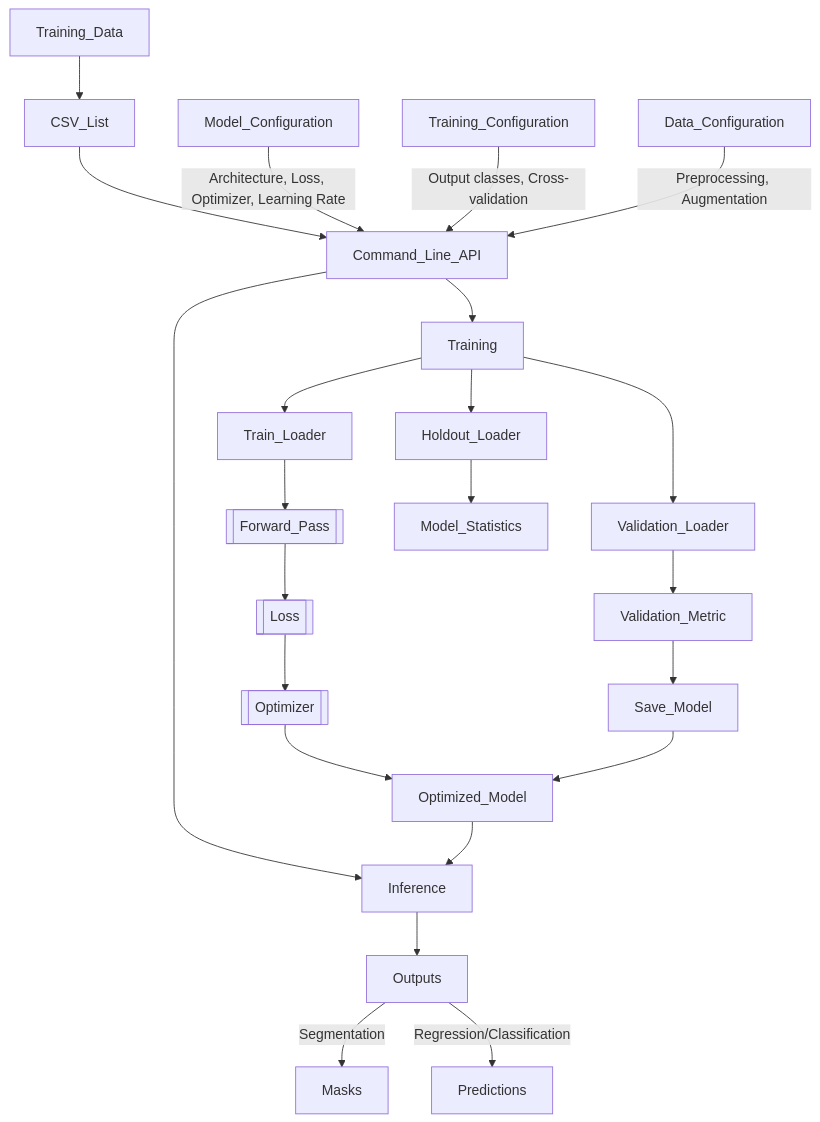
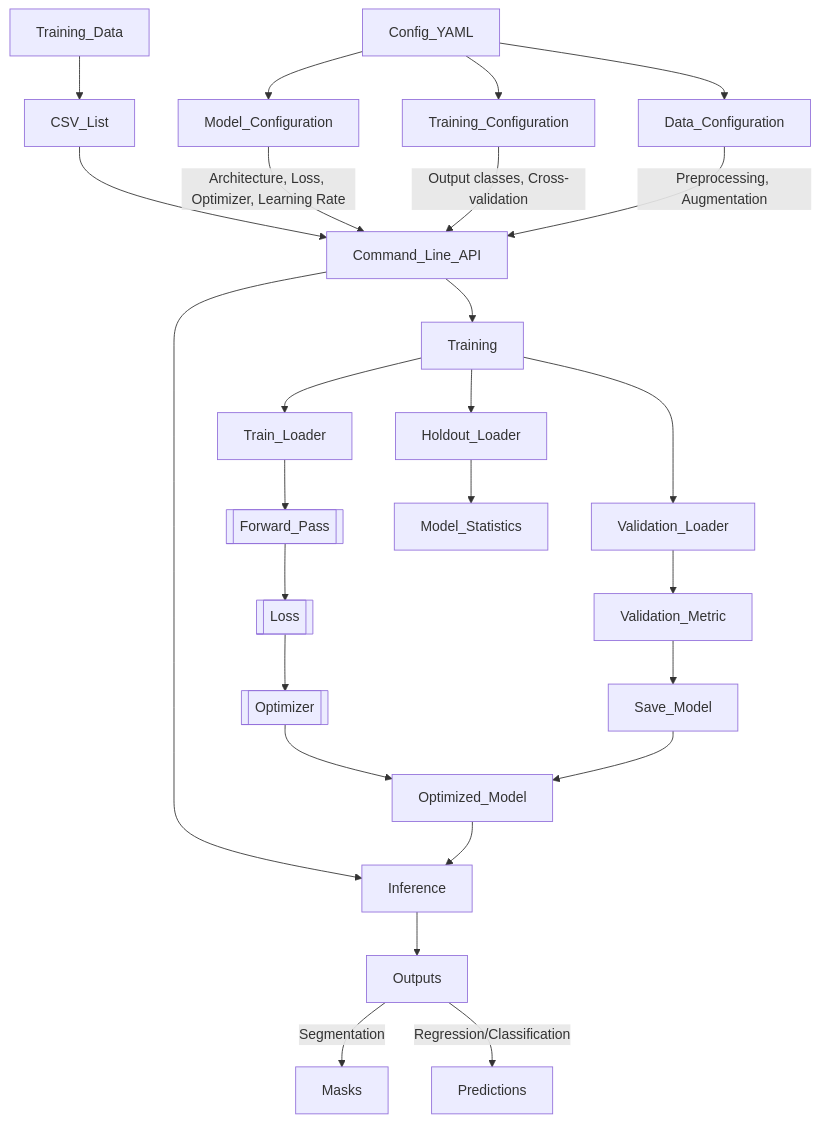
One commit to szmazurek/GaNDLF changed the diagram in docs/README.md. Above: the diagram before and after it, drawn with Mermaid. The commit also changed 1 other file, not shown here.

Commit message:
updated flowchart

````diff
--- a/docs/README.md
+++ b/docs/README.md
@@ -12,25 +12,28 @@
 ```mermaid
 graph TD;
     Training_Data-->CSV_List;
     CSV_List-->Command_Line_API;
+    Config_YAML-->Model_Configuration
+    Config_YAML-->Training_Configuration
+    Config_YAML-->Data_Configuration
     Model_Configuration-- Architecture, Loss, Optimizer, Learning Rate -->Command_Line_API;
     Training_Configuration-- Output classes, Cross-validation -->Command_Line_API;
     Data_Configuration-- Preprocessing, Augmentation -->Command_Line_API;
     Command_Line_API-->Inference;
     Command_Line_API-->Training;
     Inference-->Outputs;
     Outputs--Segmentation-->Masks;
     Outputs--Regression/Classification-->Predictions;
     Training-->Train_Loader;
     Training-->Validation_Loader;
     Training-->Holdout_Loader;
     Train_Loader-->FWD[[Forward_Pass]];
     FWD[[Forward_Pass]]-->Loss[[Loss]];
     Loss[[Loss]]-->Optimizer[[Optimizer]];
     Validation_Loader-->Validation_Metric;
     Validation_Metric-->Save_Model;
     Holdout_Loader-->Model_Statistics;
     Optimizer[[Optimizer]]-->Optimized_Model;
     Save_Model-->Optimized_Model;
     Optimized_Model-->Inference;
 ```
````
